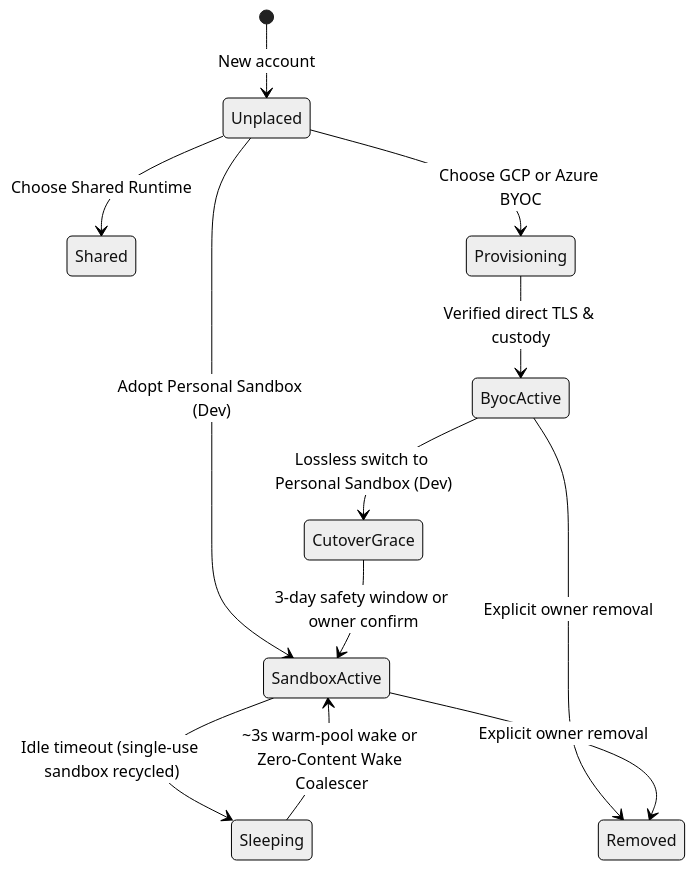
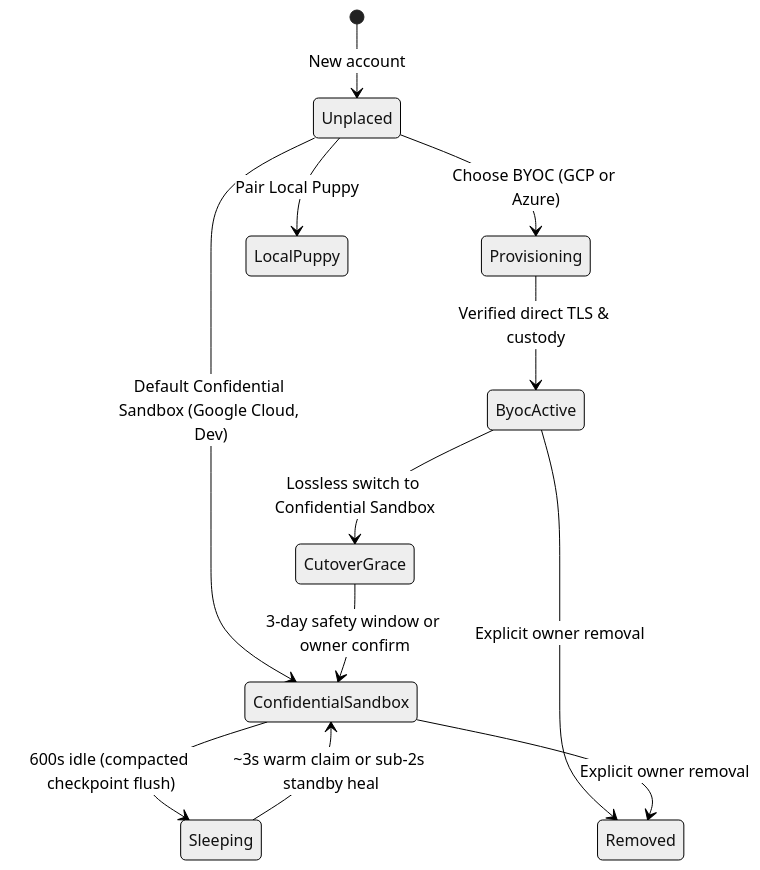
Before and after one commit to hushh-labs/hushh-research: the diagram in docs/architecture/modules/hosting.md, drawn with Mermaid (neutral theme). The commit also changed other lines of this file and 103 other files, not shown here.

First line of the commit message:
fix(sandbox): close unified confidential sandbox cutover gaps (#9744)

````diff
--- a/docs/architecture/modules/hosting.md
+++ b/docs/architecture/modules/hosting.md
@@ -10,14 +10,14 @@
 ```mermaid
 stateDiagram-v2
   [*] --> Unplaced: New account
-  Unplaced --> Shared: Choose Shared Runtime
-  Unplaced --> Provisioning: Choose GCP or Azure BYOC
-  Unplaced --> SandboxActive: Adopt Personal Sandbox (Dev)
+  Unplaced --> ConfidentialSandbox: Default Confidential Sandbox (Google Cloud, Dev)
+  Unplaced --> Provisioning: Choose BYOC (GCP or Azure)
+  Unplaced --> LocalPuppy: Pair Local Puppy
   Provisioning --> ByocActive: Verified direct TLS & custody
-  ByocActive --> CutoverGrace: Lossless switch to Personal Sandbox (Dev)
-  CutoverGrace --> SandboxActive: 3-day safety window or owner confirm
-  SandboxActive --> Sleeping: Idle timeout (single-use sandbox recycled)
-  Sleeping --> SandboxActive: ~3s warm-pool wake or Zero-Content Wake Coalescer
+  ByocActive --> CutoverGrace: Lossless switch to Confidential Sandbox
+  CutoverGrace --> ConfidentialSandbox: 3-day safety window or owner confirm
+  ConfidentialSandbox --> Sleeping: 600s idle (compacted checkpoint flush)
+  Sleeping --> ConfidentialSandbox: ~3s warm claim or sub-2s standby heal
   ByocActive --> Removed: Explicit owner removal
-  SandboxActive --> Removed: Explicit owner removal
+  ConfidentialSandbox --> Removed: Explicit owner removal
 ```
````
